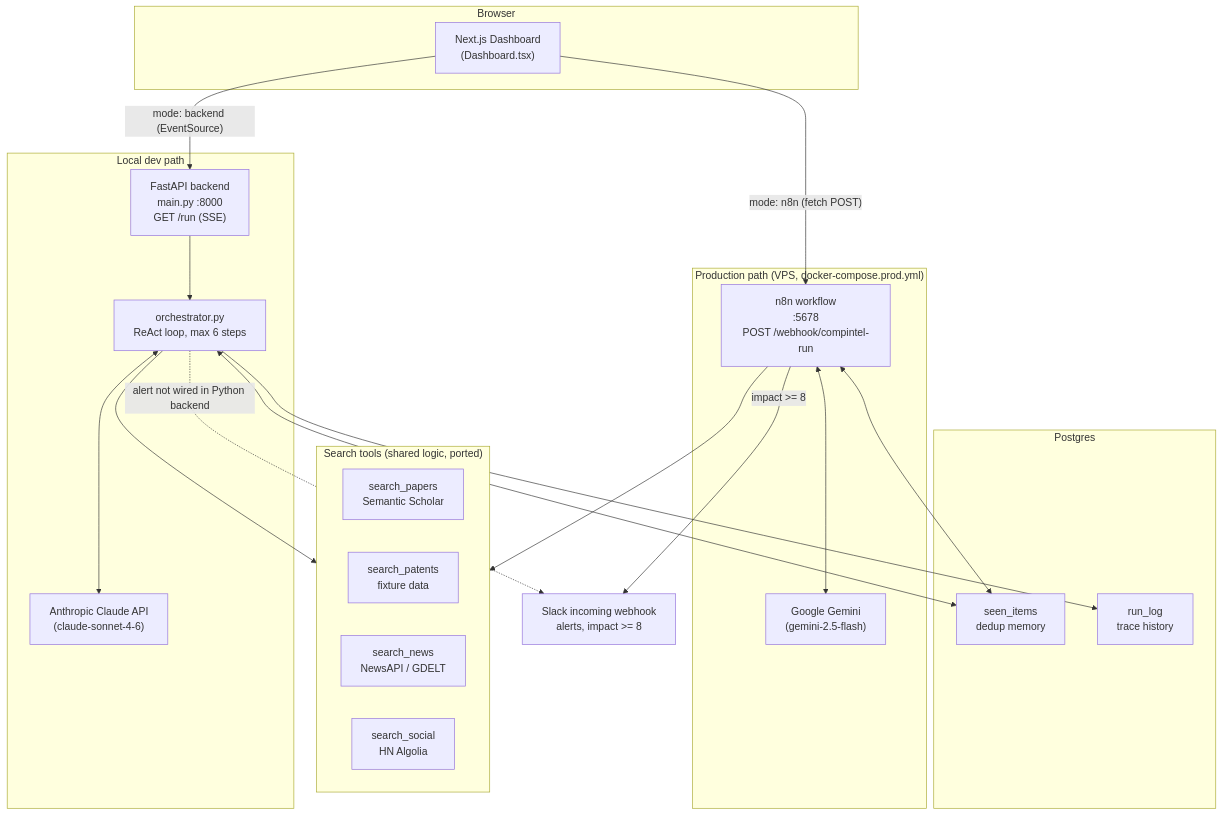
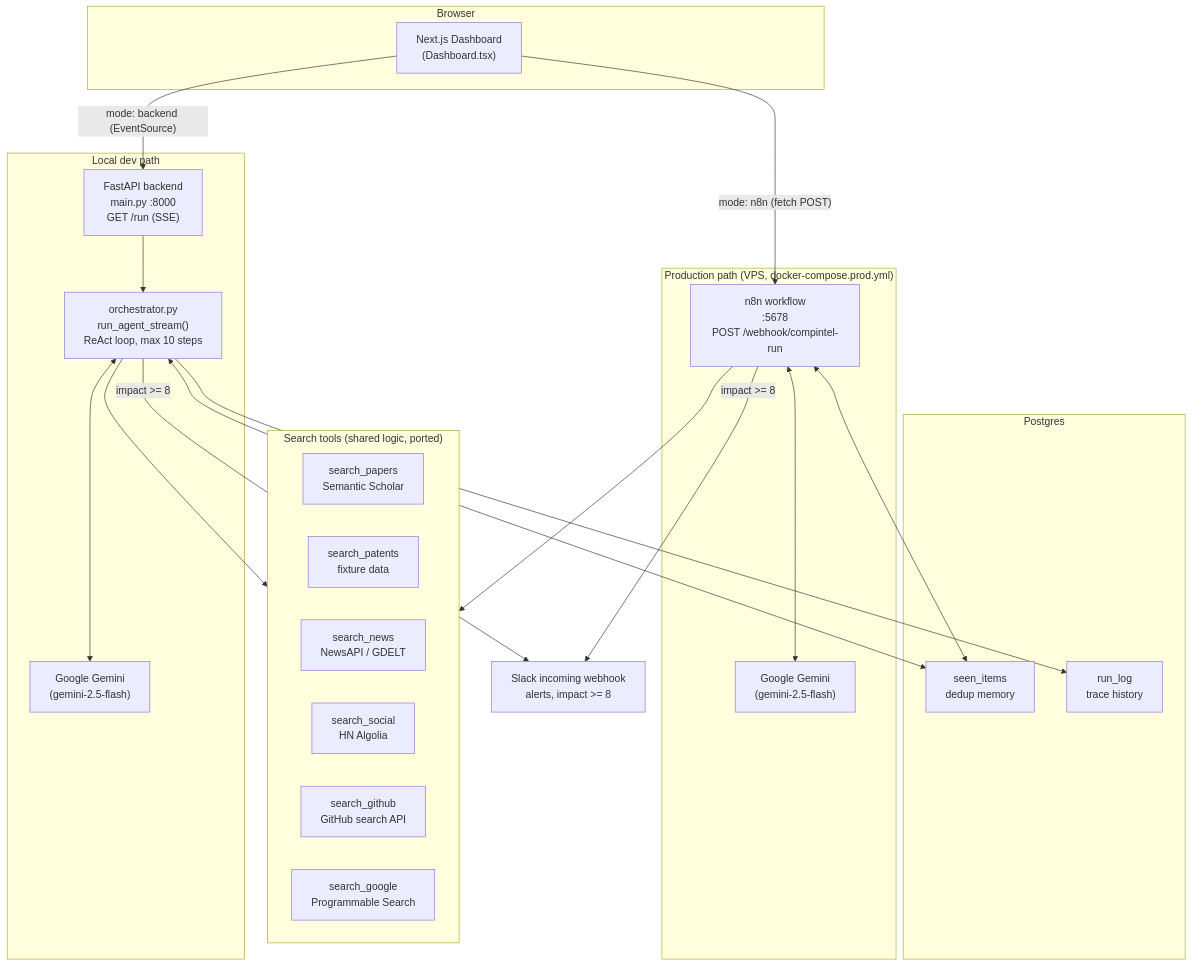
One commit to ByteNinjaSmit/Agentx changed the first of 6 diagrams in docs/ARCHITECTURE.md. Above: the diagram before and after it, drawn with Mermaid. The commit also changed other lines of this file and 18 other files, not shown here.

````diff
--- a/docs/ARCHITECTURE.md
+++ b/docs/ARCHITECTURE.md
@@ -17,47 +23,49 @@
 ```mermaid
 flowchart TB
     subgraph Client["Browser"]
         UI["Next.js Dashboard<br/>(Dashboard.tsx)"]
     end
 
     subgraph LocalDev["Local dev path"]
         API["FastAPI backend<br/>main.py :8000<br/>GET /run (SSE)"]
-        Claude["Anthropic Claude API<br/>(claude-sonnet-4-6)"]
-        Orchestrator["orchestrator.py<br/>ReAct loop, max 6 steps"]
+        GeminiB["Google Gemini<br/>(gemini-2.5-flash)"]
+        Orchestrator["orchestrator.py<br/>run_agent_stream()<br/>ReAct loop, max 10 steps"]
         API --> Orchestrator
-        Orchestrator <--> Claude
+        Orchestrator <--> GeminiB
     end
 
     subgraph Prod["Production path (VPS, docker-compose.prod.yml)"]
         N8N["n8n workflow<br/>:5678<br/>POST /webhook/compintel-run"]
         Gemini["Google Gemini<br/>(gemini-2.5-flash)"]
         N8N <--> Gemini
     end
 
     subgraph Tools["Search tools (shared logic, ported)"]
         T1["search_papers<br/>Semantic Scholar"]
         T2["search_patents<br/>fixture data"]
         T3["search_news<br/>NewsAPI / GDELT"]
         T4["search_social<br/>HN Algolia"]
+        T5["search_github<br/>GitHub search API"]
+        T6["search_google<br/>Programmable Search"]
     end
 
     subgraph DB["Postgres"]
         Seen["seen_items<br/>dedup memory"]
         Runs["run_log<br/>trace history"]
     end
 
     Slack["Slack incoming webhook<br/>alerts, impact >= 8"]
 
     UI -- "mode: backend (EventSource)" --> API
     UI -- "mode: n8n (fetch POST)" --> N8N
 
     Orchestrator --> Tools
     N8N --> Tools
 
     Orchestrator <--> Seen
     Orchestrator --> Runs
     N8N <--> Seen
 
-    Orchestrator -.alert not wired in Python backend.-> Slack
+    Orchestrator -- "impact >= 8" --> Slack
     N8N -- "impact >= 8" --> Slack
 ```
````
